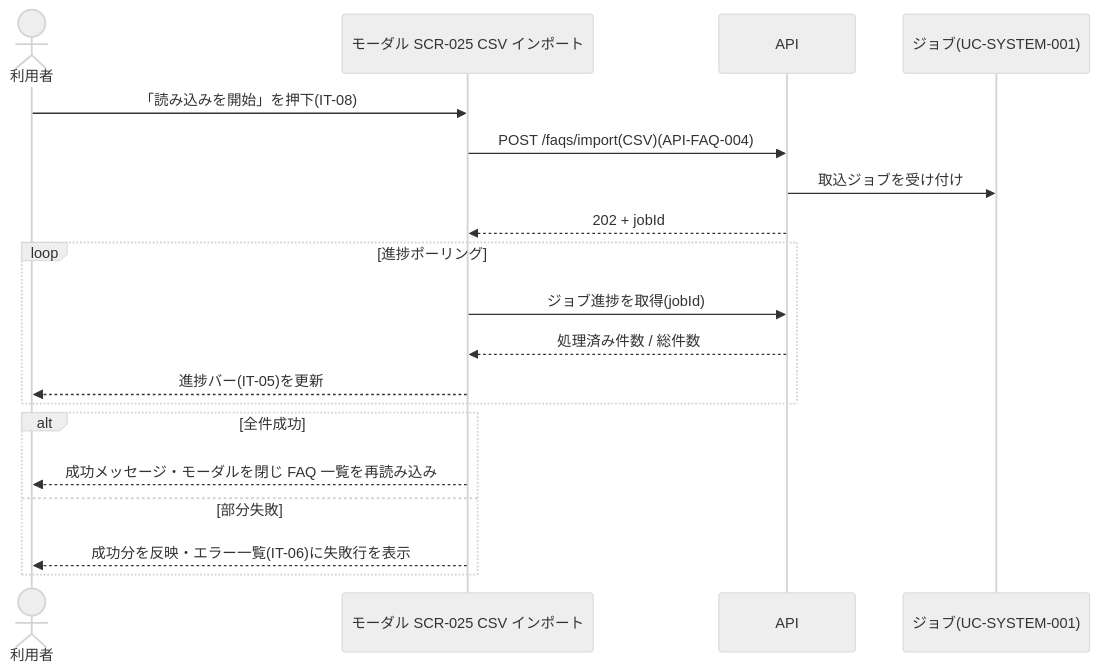
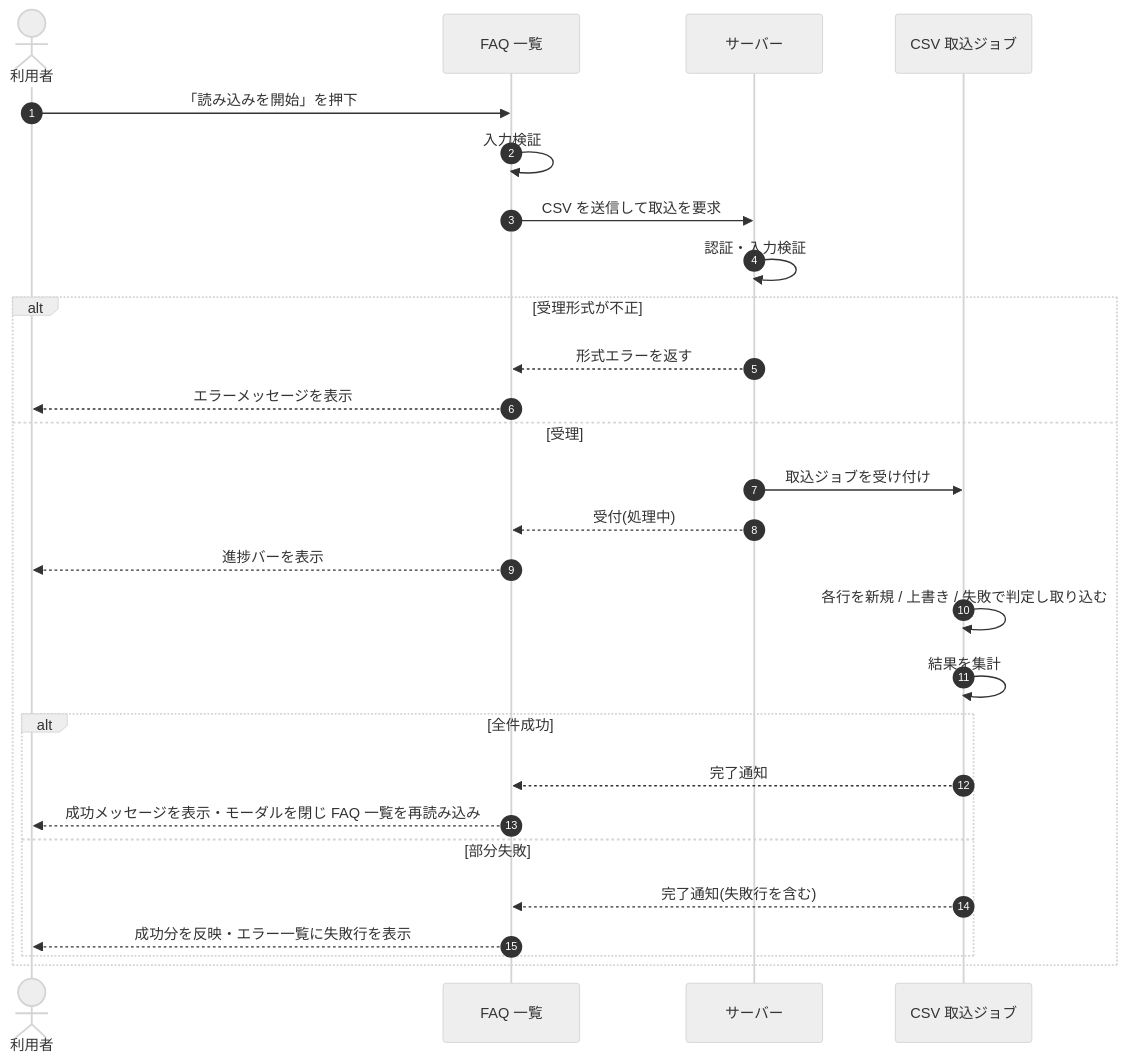
One commit to sikakou54/open-faq changed the diagram in 02_basic_design/05_sequences/SEQ-037.md. Above: the diagram before and after it, drawn with Mermaid (neutral theme). The commit also changed other lines of this file and 108 other files, not shown here.

First line of the commit message:
基本設計: シーケンス図を基本設計粒度(ユーザー/画面/サーバー)へ再編成

````diff
--- a/02_basic_design/05_sequences/SEQ-037.md
+++ b/02_basic_design/05_sequences/SEQ-037.md
@@ -25,21 +32,29 @@
 ```mermaid
 sequenceDiagram
+  autonumber
   actor U as 利用者
-  participant S as モーダル SCR-025 CSV インポート
-  participant API as API
-  participant J as ジョブ(UC-SYSTEM-001)
-  U->>S: 「読み込みを開始」を押下(IT-08)
-  S->>API: POST /faqs/import(CSV)(API-FAQ-004)
-  API->>J: 取込ジョブを受け付け
-  API-->>S: 202 + jobId
-  loop 進捗ポーリング
-    S->>API: ジョブ進捗を取得(jobId)
-    API-->>S: 処理済み件数 / 総件数
-    S-->>U: 進捗バー(IT-05)を更新
-  end
-  alt 全件成功
-    S-->>U: 成功メッセージ・モーダルを閉じ FAQ 一覧を再読み込み
-  else 部分失敗
-    S-->>U: 成功分を反映・エラー一覧(IT-06)に失敗行を表示
+  participant Screen as FAQ 一覧
+  participant Server as サーバー
+  participant J as CSV 取込ジョブ
+  U->>Screen: 「読み込みを開始」を押下
+  Screen->>Screen: 入力検証
+  Screen->>Server: CSV を送信して取込を要求
+  Server->>Server: 認証・入力検証
+  alt 受理形式が不正
+    Server-->>Screen: 形式エラーを返す
+    Screen-->>U: エラーメッセージを表示
+  else 受理
+    Server->>J: 取込ジョブを受け付け
+    Server-->>Screen: 受付(処理中)
+    Screen-->>U: 進捗バーを表示
+    J->>J: 各行を新規 / 上書き / 失敗で判定し取り込む
+    J->>J: 結果を集計
+    alt 全件成功
+      J-->>Screen: 完了通知
+      Screen-->>U: 成功メッセージを表示・モーダルを閉じ FAQ 一覧を再読み込み
+    else 部分失敗
+      J-->>Screen: 完了通知(失敗行を含む)
+      Screen-->>U: 成功分を反映・エラー一覧に失敗行を表示
+    end
   end
 ```
````
